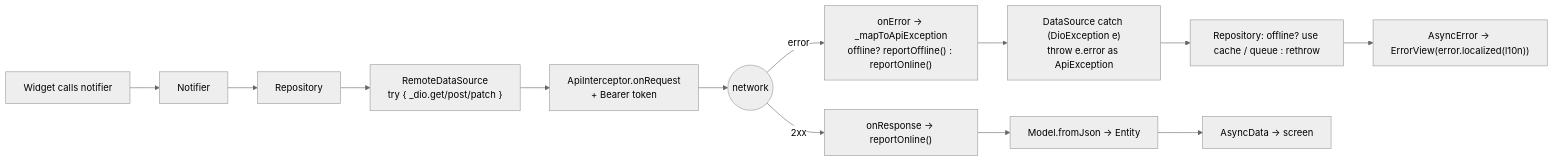
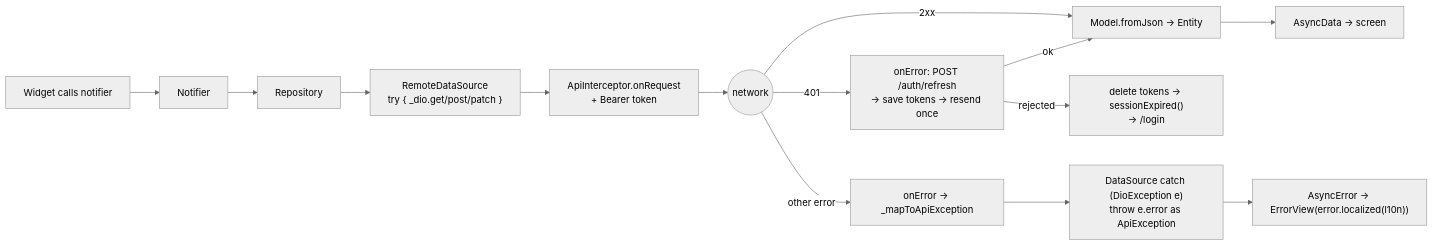
The diagram in docs/technical_defense/05_API_AND_DIO.md (leyakassir/taskflow-mobile), drawn with Mermaid (neutral theme) before and after one commit. The commit also changed other lines of this file and 14 other files, not shown here.

Commit message:
Update technical defense docs: offline mode removed, token refresh

````diff
--- a/docs/technical_defense/05_API_AND_DIO.md
+++ b/docs/technical_defense/05_API_AND_DIO.md
@@ -64,15 +65,16 @@
 ```mermaid
 flowchart LR
   W["Widget calls notifier"] --> N["Notifier"]
   N --> R["Repository"]
   R --> DS["RemoteDataSource<br/>try { _dio.get/post/patch }"]
   DS --> I1["ApiInterceptor.onRequest<br/>+ Bearer token"]
   I1 --> NET(("network"))
-  NET -->|2xx| I2["onResponse → reportOnline()"]
-  NET -->|error| I3["onError → _mapToApiException<br/>offline? reportOffline() : reportOnline()"]
-  I2 --> M["Model.fromJson → Entity"]
+  NET -->|2xx| M["Model.fromJson → Entity"]
+  NET -->|401| RF["onError: POST /auth/refresh<br/>→ save tokens → resend once"]
+  RF -->|ok| M
+  RF -->|rejected| SE["delete tokens → sessionExpired()<br/>→ /login"]
+  NET -->|other error| I3["onError → _mapToApiException"]
   I3 --> C["DataSource catch (DioException e)<br/>throw e.error as ApiException"]
-  C --> R2["Repository: offline? use cache / queue : rethrow"]
-  R2 --> UI["AsyncError → ErrorView(error.localized(l10n))"]
+  C --> UI["AsyncError → ErrorView(error.localized(l10n))"]
   M --> UI2["AsyncData → screen"]
 ```
````
